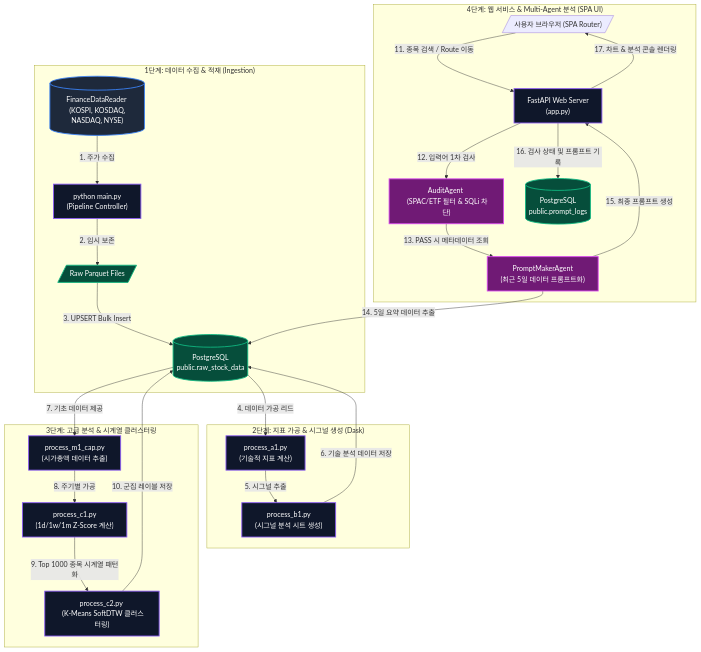
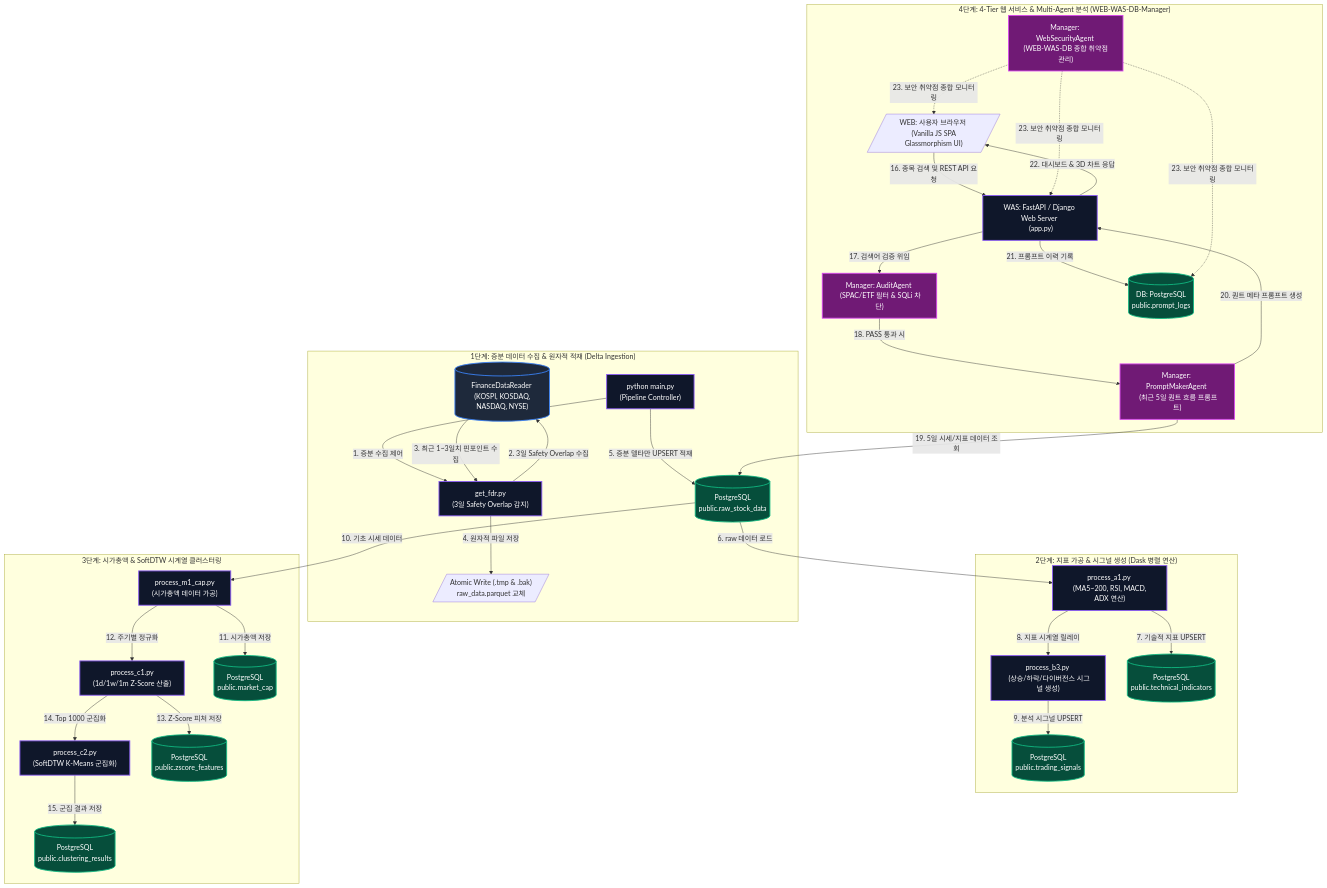
The first of 2 diagrams in README.md (hugingstar/ggeolmu), drawn with Mermaid before and after one commit. The commit also changed other lines of this file and 47 other files, not shown here.

Commit message:
feat: raw_data.parquet 3일 오버랩 증분 수집, 원자적 저장 및 4-Tier 아키텍처/ERD README 최신화

````diff
--- a/README.md
+++ b/README.md
@@ -14,65 +14,80 @@
 ```mermaid
 flowchart TD
     %% 스타일 정의
     classDef source fill:#1e293b,stroke:#3b82f6,stroke-width:2px,color:#fff;
     classDef process fill:#0f172a,stroke:#8b5cf6,stroke-width:2px,color:#fff;
     classDef storage fill:#064e3b,stroke:#10b981,stroke-width:2px,color:#fff;
     classDef agent fill:#701a75,stroke:#d946ef,stroke-width:2px,color:#fff;
 
-    %% 1단계: 수집 및 DB 적재
-    subgraph DataScraping ["1단계: 데이터 수집 & 적재 (Ingestion)"]
+    %% 1단계: 증분 수집 및 DB 적재
+    subgraph Step1 ["1단계: 증분 데이터 수집 & 원자적 적재 (Delta Ingestion)"]
         FDR[("FinanceDataReader <br> (KOSPI, KOSDAQ, NASDAQ, NYSE)")]
         MainPy["python main.py <br> (Pipeline Controller)"]
-        RawParquet[/"Raw Parquet Files"/]
+        GetFDR["get_fdr.py <br> (3일 Safety Overlap 감지)"]
+        AtomicWrite[/"Atomic Write (.tmp & .bak) <br> raw_data.parquet 교체"/]
         DB_Raw[("PostgreSQL <br> public.raw_stock_data")]
         
-        FDR -->|1. 주가 수집| MainPy
-        MainPy -->|2. 임시 보존| RawParquet
-        RawParquet -->|3. UPSERT Bulk Insert| DB_Raw
+        MainPy -->|1. 증분 수집 제어| GetFDR
+        GetFDR -->|2. 3일 Safety Overlap 수집| FDR
+        FDR -->|3. 최근 1~3일치 핀포인트 수집| GetFDR
+        GetFDR -->|4. 원자적 파일 저장| AtomicWrite
+        MainPy -->|5. 증분 델타만 UPSERT 적재| DB_Raw
     end
 
     %% 2단계: 가공 및 지표 생성
-    subgraph FeatureEngineering ["2단계: 지표 가공 & 시그널 생성 (Dask)"]
-        DaskA1["process_a1.py <br> (기술적 지표 계산)"]
-        DaskB1["process_b1.py <br> (시그널 분석 시트 생성)"]
+    subgraph Step2 ["2단계: 지표 가공 & 시그널 생성 (Dask 병렬 연산)"]
+        DaskA1["process_a1.py <br> (MA5~200, RSI, MACD, ADX 연산)"]
+        DaskB1["process_b3.py <br> (상승/하락/다이버전스 시그널 생성)"]
+        DB_Tech[("PostgreSQL <br> public.technical_indicators")]
+        DB_Signal[("PostgreSQL <br> public.trading_signals")]
         
-        DB_Raw -->|4. 데이터 가공 리드| DaskA1
-        DaskA1 -->|5. 시그널 추출| DaskB1
-        DaskB1 -->|6. 기술 분석 데이터 저장| DB_Raw
+        DB_Raw -->|6. raw 데이터 로드| DaskA1
+        DaskA1 -->|7. 기술적 지표 UPSERT| DB_Tech
+        DaskA1 -->|8. 지표 시계열 릴레이| DaskB1
+        DaskB1 -->|9. 분석 시그널 UPSERT| DB_Signal
     end
 
     %% 3단계: 분석 및 클러스터링
-    subgraph AnalyticsClustering ["3단계: 고급 분석 & 시계열 클러스터링"]
-        M1_Cap["process_m1_cap.py <br> (시가총액 데이터 추출)"]
-        C1_ZScore["process_c1.py <br> (1d/1w/1m Z-Score 계산)"]
-        C2_Clustering["process_c2.py <br> (K-Means SoftDTW 클러스터링)"]
+    subgraph Step3 ["3단계: 시가총액 & SoftDTW 시계열 클러스터링"]
+        M1_Cap["process_m1_cap.py <br> (시가총액 데이터 가공)"]
+        C1_ZScore["process_c1.py <br> (1d/1w/1m Z-Score 산출)"]
+        C2_Clustering["process_c2.py <br> (SoftDTW K-Means 군집화)"]
+        DB_Cap[("PostgreSQL <br> public.market_cap")]
+        DB_ZScore[("PostgreSQL <br> public.zscore_features")]
+        DB_Cluster[("PostgreSQL <br> public.clustering_results")]
         
-        DB_Raw -->|7. 기초 데이터 제공| M1_Cap
-        M1_Cap -->|8. 주기별 가공| C1_ZScore
-        C1_ZScore -->|9. Top 1000 종목 시계열 패턴화| C2_Clustering
-        C2_Clustering -->|10. 군집 레이블 저장| DB_Raw
+        DB_Raw -->|10. 기초 시세 데이터| M1_Cap
+        M1_Cap -->|11. 시가총액 저장| DB_Cap
+        M1_Cap -->|12. 주기별 정규화| C1_ZScore
+        C1_ZScore -->|13. Z-Score 피처 저장| DB_ZScore
+        C1_ZScore -->|14. Top 1000 군집화| C2_Clustering
+        C2_Clustering -->|15. 군집 결과 저장| DB_Cluster
     end
 
-    %% 4단계: 프론트 웹 서비스 및 멀티 에이전트
-    subgraph WebService ["4단계: 웹 서비스 & Multi-Agent 분석 (SPA UI)"]
-        Browser[/"사용자 브라우저 (SPA Router)"/]
-        FastAPI["FastAPI Web Server <br> (app.py)"]
-        AuditAgent["AuditAgent <br> (SPAC/ETF 필터 & SQLi 차단)"]
-        PromptAgent["PromptMakerAgent <br> (최근 5일 데이터 프롬프트화)"]
-        DB_Logs[("PostgreSQL <br> public.prompt_logs")]
+    %% 4단계: 4-Tier 웹 서비스 및 에이전트
+    subgraph Step4 ["4단계: 4-Tier 웹 서비스 & Multi-Agent 분석 (WEB-WAS-DB-Manager)"]
+        Browser[/"WEB: 사용자 브라우저 <br> (Vanilla JS SPA Glassmorphism UI)"/]
+        WAS["WAS: FastAPI / Django Web Server <br> (app.py)"]
+        AuditAgent["Manager: AuditAgent <br> (SPAC/ETF 필터 & SQLi 차단)"]
+        PromptAgent["Manager: PromptMakerAgent <br> (최근 5일 퀀트 흐름 프롬프트)"]
+        SecurityAgent["Manager: WebSecurityAgent <br> (WEB-WAS-DB 종합 취약점 관리)"]
+        DB_Logs[("DB: PostgreSQL <br> public.prompt_logs")]
 
-        Browser -->|11. 종목 검색 / Route 이동| FastAPI
-        FastAPI -->|12. 입력어 1차 검사| AuditAgent
-        AuditAgent -->|13. PASS 시 메타데이터 조회| PromptAgent
-        PromptAgent -->|14. 5일 요약 데이터 추출| DB_Raw
-        PromptAgent -->|15. 최종 프롬프트 생성| FastAPI
-        FastAPI -->|16. 검사 상태 및 프롬프트 기록| DB_Logs
-        FastAPI -->|17. 차트 & 분석 콘솔 렌더링| Browser
+        Browser -->|16. 종목 검색 및 REST API 요청| WAS
+        WAS -->|17. 검색어 검증 위임| AuditAgent
+        AuditAgent -->|18. PASS 통과 시| PromptAgent
+        PromptAgent -->|19. 5일 시세/지표 데이터 조회| DB_Raw
+        PromptAgent -->|20. 퀀트 메타 프롬프트 생성| WAS
+        WAS -->|21. 프롬프트 이력 기록| DB_Logs
+        WAS -->|22. 대시보드 & 3D 차트 응답| Browser
+        SecurityAgent -.->|23. 보안 취약점 종합 모니터링| Browser
+        SecurityAgent -.->|23. 보안 취약점 종합 모니터링| WAS
+        SecurityAgent -.->|23. 보안 취약점 종합 모니터링| DB_Logs
     end
 
     %% 클래스 지정
     class FDR source;
-    class MainPy,DaskA1,DaskB1,M1_Cap,C1_ZScore,C2_Clustering,FastAPI process;
-    class DB_Raw,DB_Logs,RawParquet storage;
-    class AuditAgent,PromptAgent agent;
+    class MainPy,GetFDR,DaskA1,DaskB1,M1_Cap,C1_ZScore,C2_Clustering,WAS process;
+    class DB_Raw,DB_Tech,DB_Signal,DB_Cap,DB_ZScore,DB_Cluster,DB_Logs storage;
+    class AuditAgent,PromptAgent,SecurityAgent agent;
 ```
````
